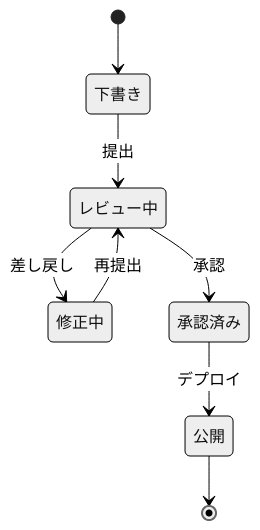
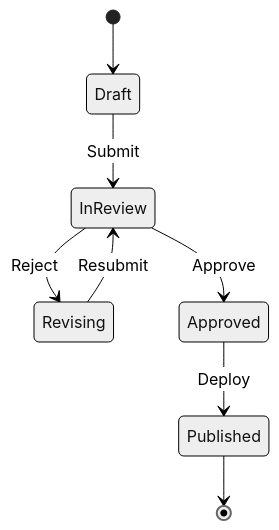
The fourth of 16 diagrams in docs/2026/2026-02-01-beautiful-mermaid-を使ってみた.md (naopoyo/naopoyo-web-contents), drawn with Mermaid (neutral theme) before and after one commit. The commit also changed other lines of this file, not shown here.

Commit message:
update: beautiful-mermaid を使ってみた

````diff
--- a/docs/2026/2026-02-01-beautiful-mermaid-を使ってみた.md
+++ b/docs/2026/2026-02-01-beautiful-mermaid-を使ってみた.md
@@ -74,10 +74,10 @@
 ```mermaid
 stateDiagram-v2
-    [*] --> 下書き
-    下書き --> レビュー中: 提出
-    レビュー中 --> 修正中: 差し戻し
-    レビュー中 --> 承認済み: 承認
-    修正中 --> レビュー中: 再提出
-    承認済み --> 公開: デプロイ
-    公開 --> [*]
+    [*] --> Draft
+    Draft --> InReview: Submit
+    InReview --> Revising: Reject
+    InReview --> Approved: Approve
+    Revising --> InReview: Resubmit
+    Approved --> Published: Deploy
+    Published --> [*]
 ```
````
